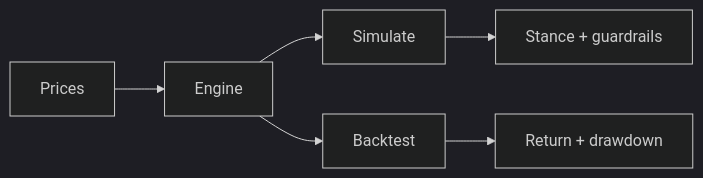
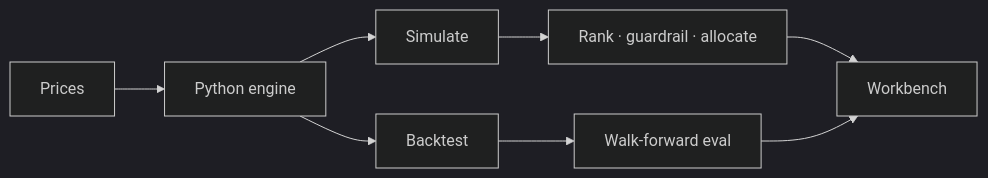
One commit to pdj555/monte-carlo changed the diagram in README.md. Above: the diagram before and after it, drawn with Mermaid (dark theme). The commit also changed other lines of this file and 53 other files, not shown here.

````diff
--- a/README.md
+++ b/README.md
@@ -5,8 +5,10 @@
 ```mermaid
 flowchart LR
-  A[Prices] --> B[Engine]
+  A[Prices] --> B[Python engine]
   B --> C[Simulate]
   B --> D[Backtest]
-  C --> E[Stance + guardrails]
-  D --> F[Return + drawdown]
+  C --> E[Rank · guardrail · allocate]
+  D --> F[Walk-forward eval]
+  E --> G[Workbench]
+  F --> G
 ```
````
